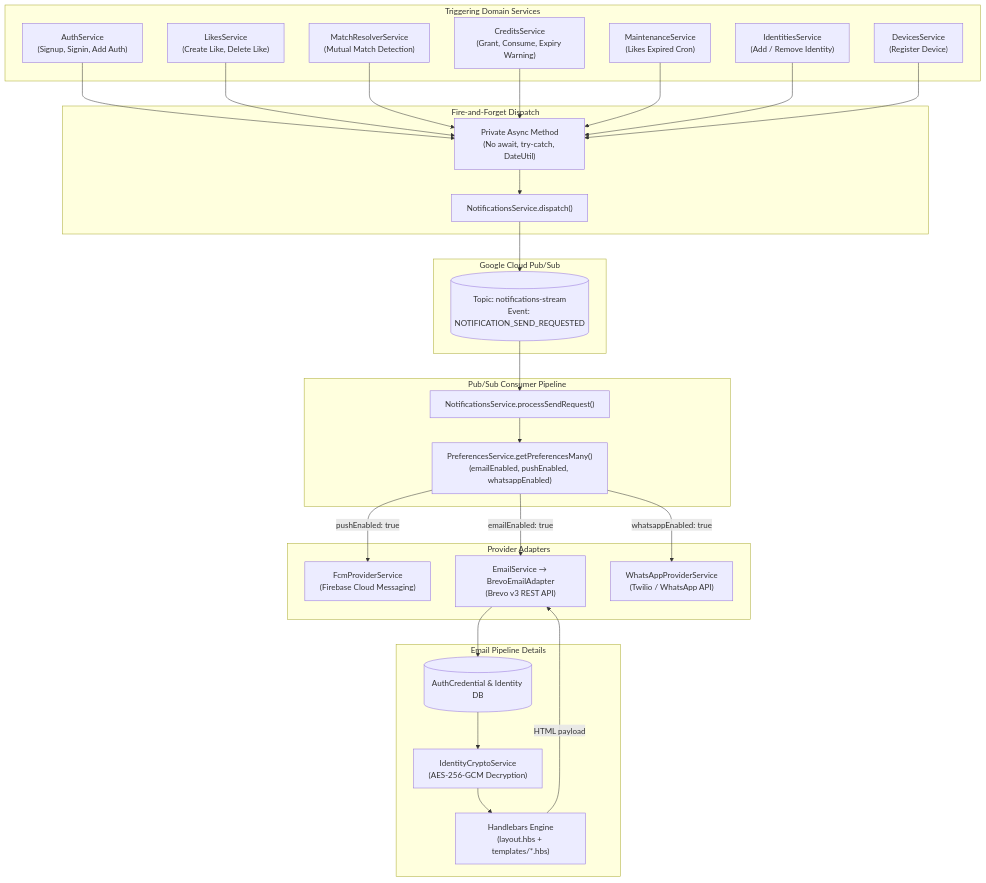
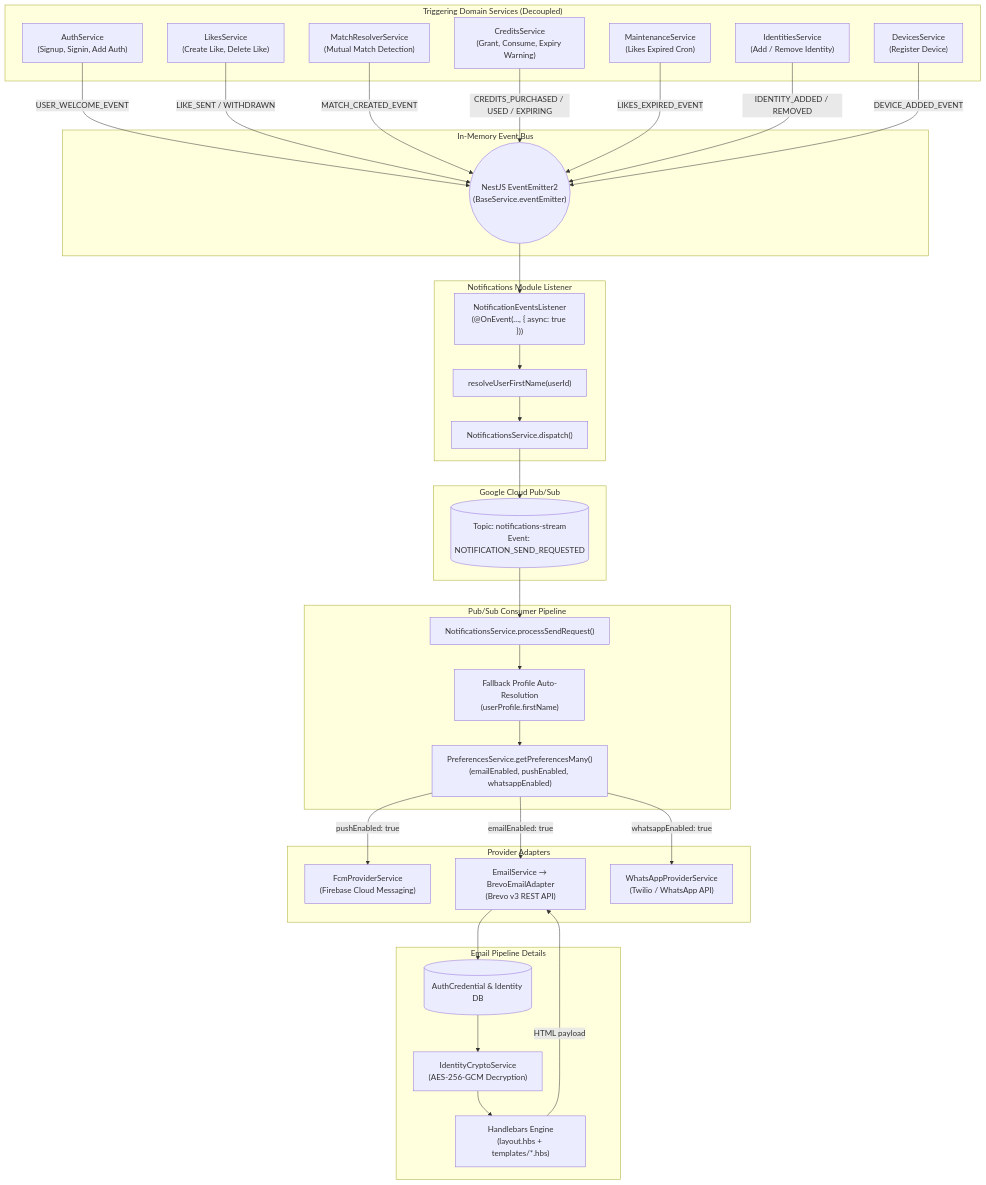
The diagram in docs-site/docs/modules/notifications.md (SaveSoulApp/Breathaway-Backend), drawn with Mermaid before and after one commit. The commit also changed other lines of this file and 66 other files, not shown here.

````diff
--- a/docs-site/docs/modules/notifications.md
+++ b/docs-site/docs/modules/notifications.md
@@ -26,60 +26,69 @@
 ```mermaid
 flowchart TD
-    subgraph Triggering_Domains["Triggering Domain Services"]
+    subgraph Triggering_Domains["Triggering Domain Services (Decoupled)"]
         AUTH["AuthService<br/>(Signup, Signin, Add Auth)"]
         LIKES["LikesService<br/>(Create Like, Delete Like)"]
         MATCH["MatchResolverService<br/>(Mutual Match Detection)"]
         CREDITS["CreditsService<br/>(Grant, Consume, Expiry Warning)"]
         MAINT["MaintenanceService<br/>(Likes Expired Cron)"]
         IDENT["IdentitiesService<br/>(Add / Remove Identity)"]
         DEV["DevicesService<br/>(Register Device)"]
     end
 
-    subgraph FireAndForget["Fire-and-Forget Dispatch"]
-        HELPER["Private Async Method<br/>(No await, try-catch, DateUtil)"]
+    subgraph Event_Bus["In-Memory Event Bus"]
+        BUS(("NestJS EventEmitter2<br/>(BaseService.eventEmitter)"))
+    end
+
+    subgraph Notification_Listener["Notifications Module Listener"]
+        LISTENER["NotificationEventsListener<br/>(@OnEvent(..., { async: true }))"]
+        RESOLVE["resolveUserFirstName(userId)"]
         DISPATCH["NotificationsService.dispatch()"]
     end
 
     subgraph Messaging["Google Cloud Pub/Sub"]
         PUBSUB[("Topic: notifications-stream<br/>Event: NOTIFICATION_SEND_REQUESTED")]
     end
 
     subgraph Consumer["Pub/Sub Consumer Pipeline"]
-        LISTENER["NotificationsService.processSendRequest()"]
+        PROCESSOR["NotificationsService.processSendRequest()"]
+        FALLBACK["Fallback Profile Auto-Resolution<br/>(userProfile.firstName)"]
         PREFS["PreferencesService.getPreferencesMany()<br/>(emailEnabled, pushEnabled, whatsappEnabled)"]
     end
 
     subgraph Channels["Provider Adapters"]
         FCM["FcmProviderService<br/>(Firebase Cloud Messaging)"]
         BREVO["EmailService → BrevoEmailAdapter<br/>(Brevo v3 REST API)"]
         WA["WhatsAppProviderService<br/>(Twilio / WhatsApp API)"]
     end
 
     subgraph Email_Resolution["Email Pipeline Details"]
         AUTH_CRED[("AuthCredential & Identity DB")]
         KMS["IdentityCryptoService<br/>(AES-256-GCM Decryption)"]
         HBS["Handlebars Engine<br/>(layout.hbs + templates/*.hbs)"]
     end
 
-    AUTH --> HELPER
-    LIKES --> HELPER
-    MATCH --> HELPER
-    CREDITS --> HELPER
-    MAINT --> HELPER
-    IDENT --> HELPER
-    DEV --> HELPER
+    AUTH -->|USER_WELCOME_EVENT| BUS
+    LIKES -->|LIKE_SENT / WITHDRAWN| BUS
+    MATCH -->|MATCH_CREATED_EVENT| BUS
+    CREDITS -->|CREDITS_PURCHASED / USED / EXPIRING| BUS
+    MAINT -->|LIKES_EXPIRED_EVENT| BUS
+    IDENT -->|IDENTITY_ADDED / REMOVED| BUS
+    DEV -->|DEVICE_ADDED_EVENT| BUS
 
-    HELPER --> DISPATCH
+    BUS --> LISTENER
+    LISTENER --> RESOLVE
+    RESOLVE --> DISPATCH
     DISPATCH --> PUBSUB
-    PUBSUB --> LISTENER
-    LISTENER --> PREFS
+    PUBSUB --> PROCESSOR
+    PROCESSOR --> FALLBACK
+    FALLBACK --> PREFS
 
     PREFS -->|pushEnabled: true| FCM
     PREFS -->|emailEnabled: true| BREVO
     PREFS -->|whatsappEnabled: true| WA
 
     BREVO --> AUTH_CRED
     AUTH_CRED --> KMS
     KMS --> HBS
     HBS -->|HTML payload| BREVO
 ```
````
